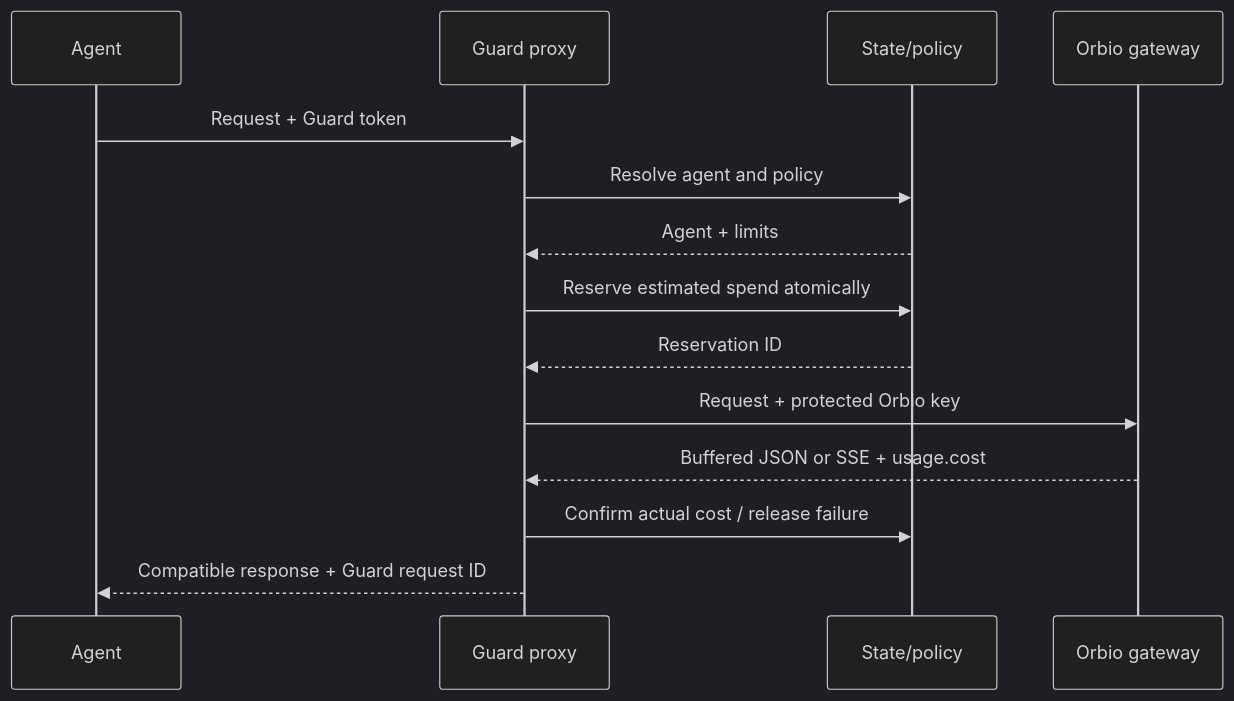
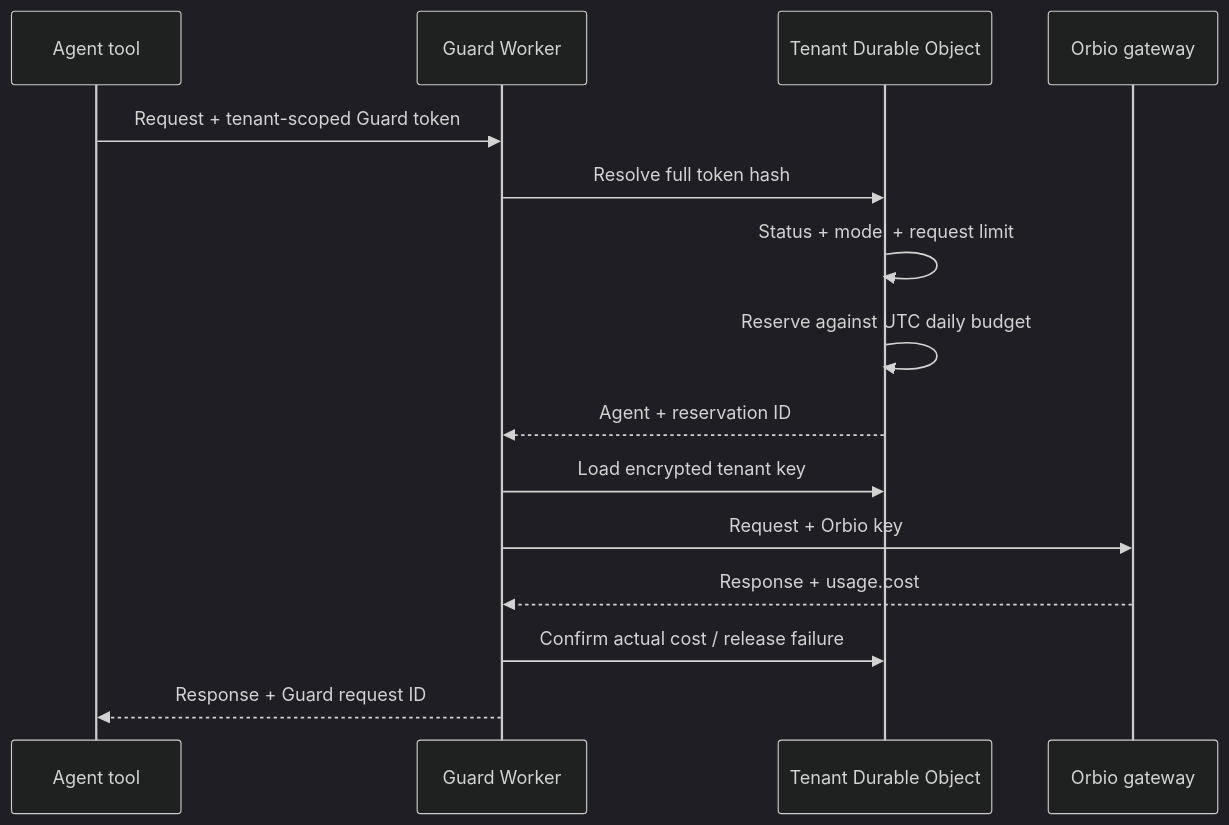
One commit to Jhayboo3/orbio-build changed the second of 3 diagrams in 03_implementation/orbio-guard/docs/architecture.md. Above: the diagram before and after it, drawn with Mermaid (dark theme). The commit also changed other lines of this file and 21 other files, not shown here.

````diff
--- a/03_implementation/orbio-guard/docs/architecture.md
+++ b/03_implementation/orbio-guard/docs/architecture.md
@@ -76,17 +34,18 @@
 ```mermaid
 sequenceDiagram
-  participant A as Agent
-  participant P as Guard proxy
-  participant S as State/policy
+  participant A as Agent tool
+  participant W as Guard Worker
+  participant T as Tenant Durable Object
   participant O as Orbio gateway
 
-  A->>P: Request + Guard token
-  P->>S: Resolve agent and policy
-  S-->>P: Agent + limits
-  P->>S: Reserve estimated spend atomically
-  S-->>P: Reservation ID
-  P->>O: Request + protected Orbio key
-  O-->>P: Buffered JSON or SSE + usage.cost
-  P->>S: Confirm actual cost / release failure
-  P-->>A: Compatible response + Guard request ID
+  A->>W: Request + tenant-scoped Guard token
+  W->>T: Resolve full token hash
+  T->>T: Status + model + request limit
+  T->>T: Reserve against UTC daily budget
+  T-->>W: Agent + reservation ID
+  W->>T: Load encrypted tenant key
+  W->>O: Request + Orbio key
+  O-->>W: Response + usage.cost
+  W->>T: Confirm actual cost / release failure
+  W-->>A: Response + Guard request ID
 ```
````
